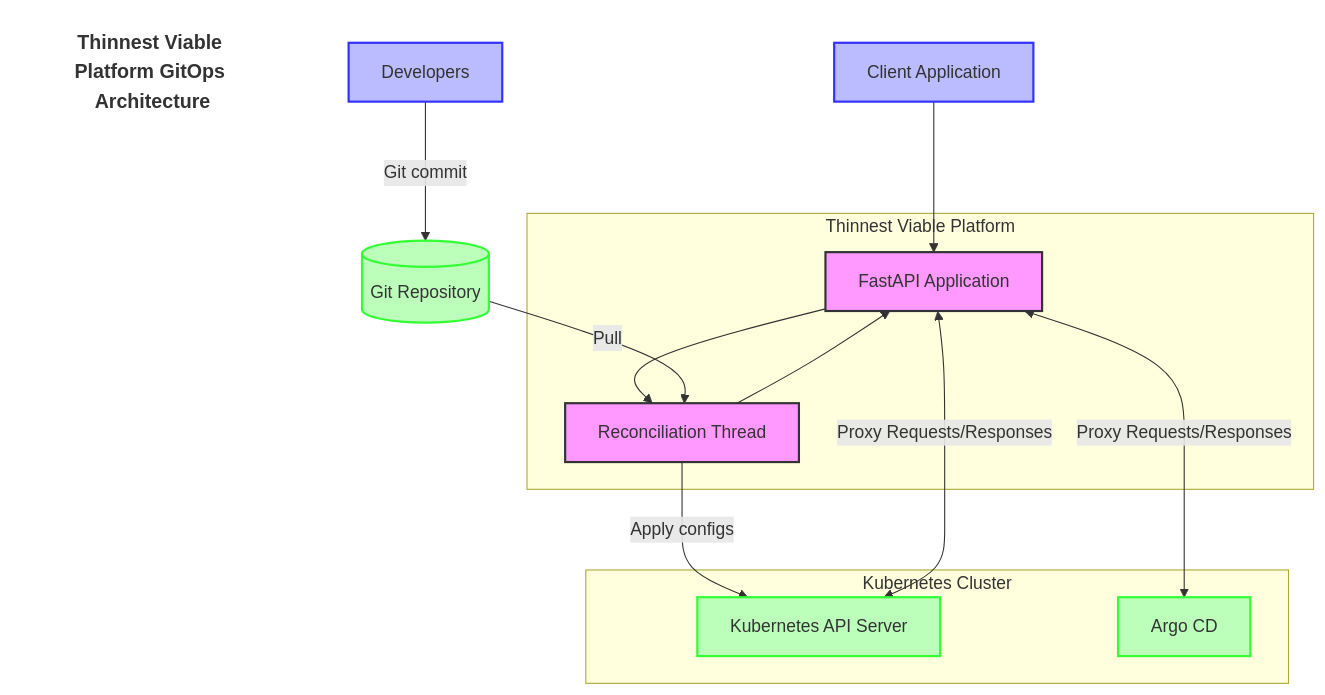
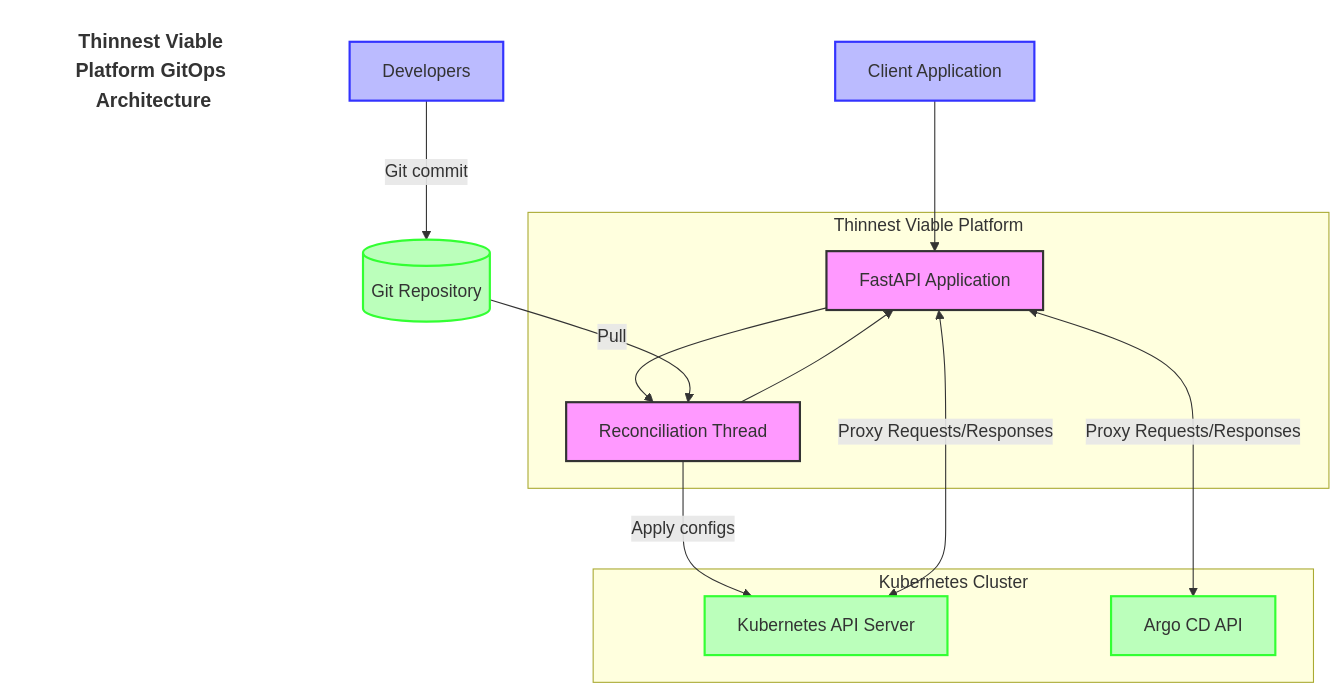
One commit to lloydchang/tvp-k8s changed the diagram in fastapi/mermaid/tvp-architecture-diagram.mermaid. Above: the diagram before and after it, drawn with Mermaid.

```diff
--- a/fastapi/mermaid/tvp-architecture-diagram.mermaid
+++ b/fastapi/mermaid/tvp-architecture-diagram.mermaid
@@ -1,31 +1,31 @@
 flowchart TB
     title[Thinnest Viable Platform GitOps Architecture]
     style title fill:none,stroke:none,font-size:18px,font-weight:bold
     subgraph "Thinnest Viable Platform"
         API[FastAPI Application]
         RT[Reconciliation Thread]
         
         API --> RT
         RT --> API
     end
     
     Dev[Developers] -->|Git commit| GitRepo[(Git Repository)]
     GitRepo -->|Pull| RT
     RT -->|Apply configs| KubernetesAPI
     
     subgraph "Kubernetes Cluster"
         KubernetesAPI[Kubernetes API Server]
-        ArgoCD[Argo CD]
+        ArgoCD[Argo CD API]
     end
     
     Client[Client Application] --> API
     API <-->|Proxy Requests/Responses| KubernetesAPI
     API <-->|Proxy Requests/Responses| ArgoCD
     
     classDef platform fill:#f9f,stroke:#333,stroke-width:2px
     classDef external fill:#bfb,stroke:#3f3,stroke-width:2px
     classDef user fill:#bbf,stroke:#33f,stroke-width:2px
     
     class API,RT platform
     class KubernetesAPI,ArgoCD,GitRepo external
     class Dev,Client user
```
